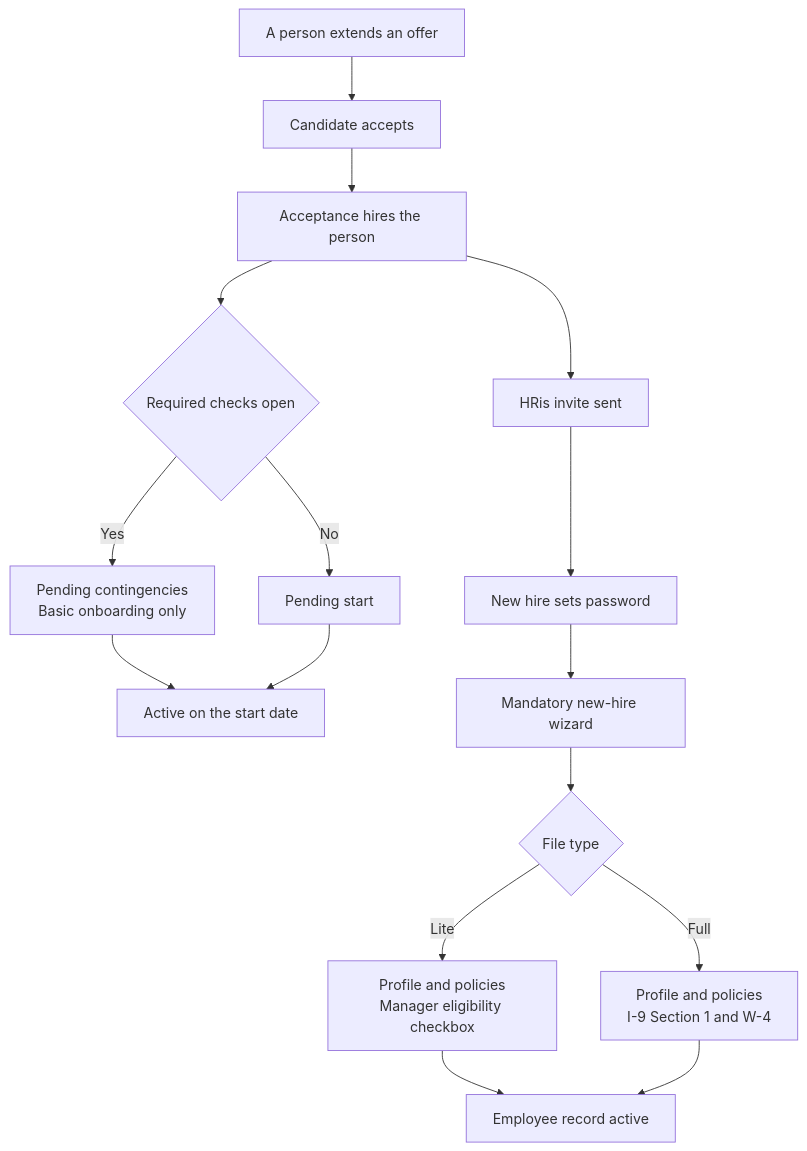
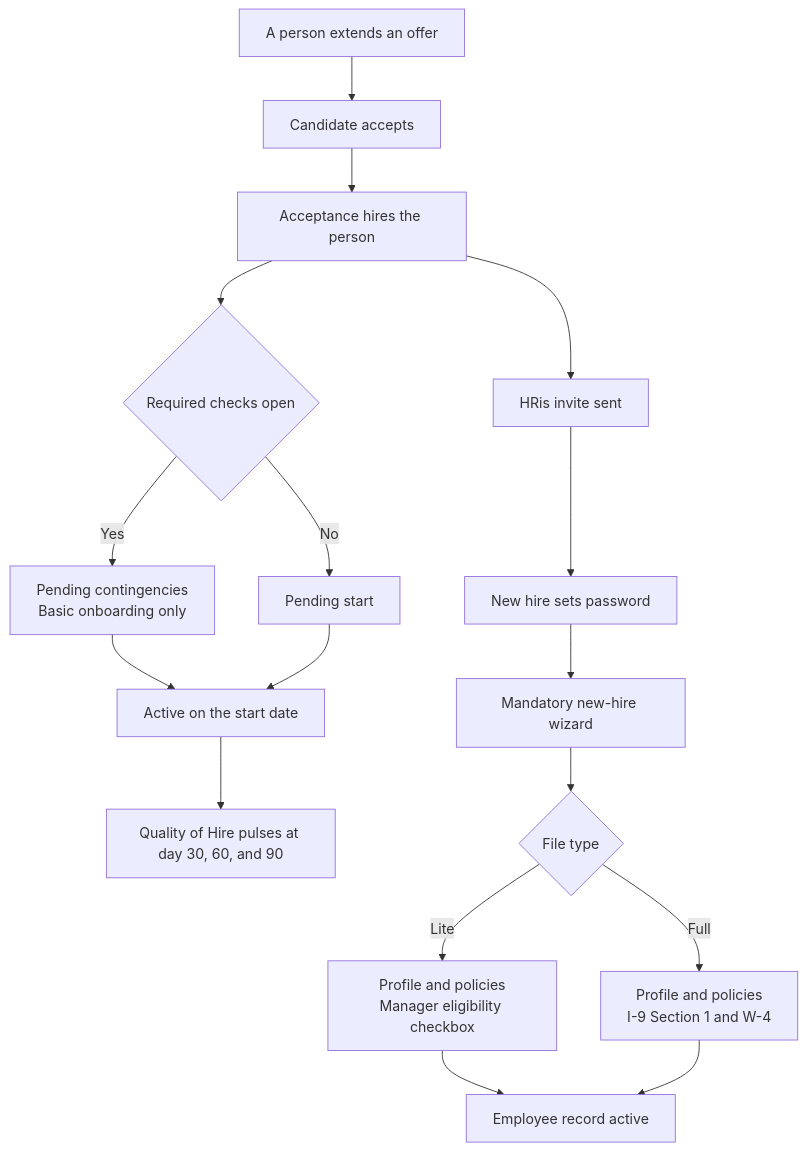
The first of 23 diagrams in README.md (staceykay67/scalemaker-hris-showcase), drawn with Mermaid before and after one commit. The commit also changed other lines of this file, not shown here.

````diff
--- a/README.md
+++ b/README.md
@@ -94,18 +97,19 @@
 ```mermaid
 flowchart TB
     Offer["A person extends an offer"] --> Accept["Candidate accepts"]
     Accept --> Run["Acceptance hires the person"]
     Run --> Checks{"Required checks open"}
     Checks -- "Yes" --> Cont["Pending contingencies<br/>Basic onboarding only"]
     Checks -- "No" --> Start["Pending start"]
     Cont --> Active["Active on the start date"]
     Start --> Active
+    Active --> QoH["Quality of Hire pulses at day 30, 60, and 90"]
     Run --> Invite["HRis invite sent"]
     Invite --> Pass["New hire sets password"]
     Pass --> Wiz["Mandatory new-hire wizard"]
     Wiz --> File{"File type"}
     File -- "Lite" --> Lite["Profile and policies<br/>Manager eligibility checkbox"]
     File -- "Full" --> Full["Profile and policies<br/>I-9 Section 1 and W-4"]
     Lite --> Done["Employee record active"]
     Full --> Done
 ```
````
